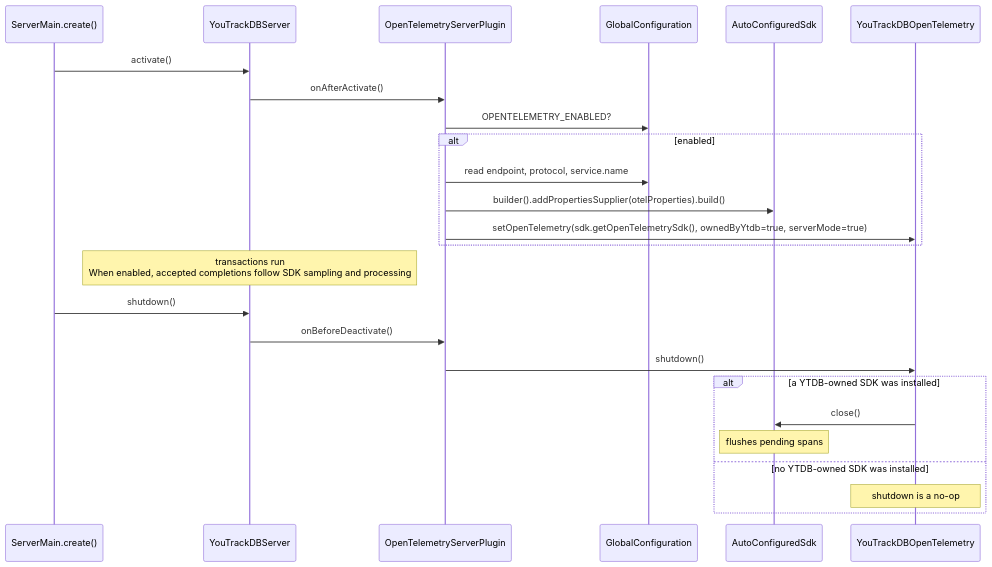
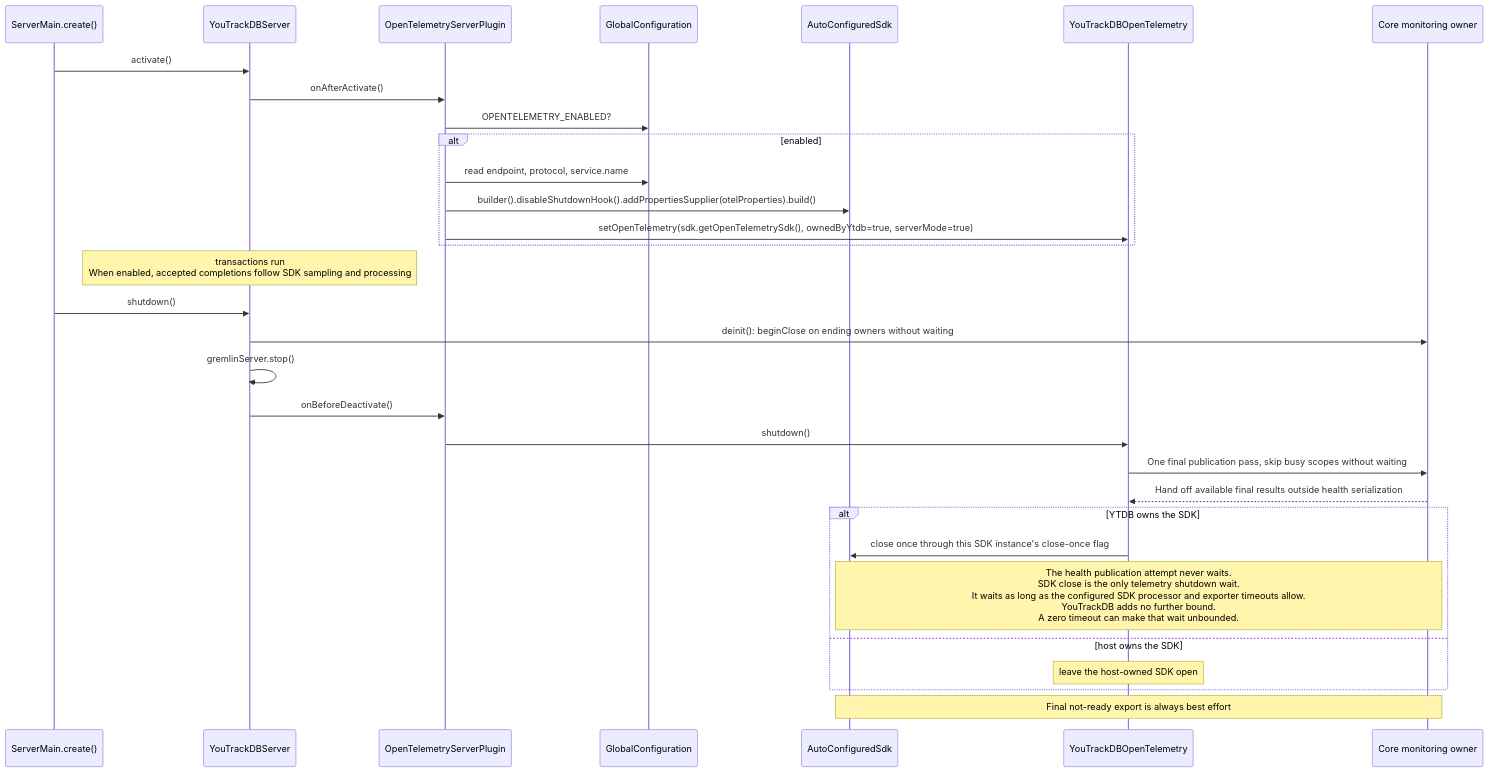
One commit to JetBrains/youtrackdb changed the fourth of 6 diagrams in docs/adr/ytdb-496-opentelemetry-support/_workflow/design.md. Above: the diagram before and after it, drawn with Mermaid. The commit also changed other lines of this file and 2 other files, not shown here.

First line of the commit message:
Track 103: Update the telemetry design for local monitoring

````diff
--- a/docs/adr/ytdb-496-opentelemetry-support/_workflow/design.md
+++ b/docs/adr/ytdb-496-opentelemetry-support/_workflow/design.md
@@ -607,28 +674,34 @@
 ```mermaid
 sequenceDiagram
     participant Main as ServerMain.create()
     participant Srv as YouTrackDBServer
     participant Plugin as OpenTelemetryServerPlugin
     participant Cfg as GlobalConfiguration
     participant Sdk as AutoConfiguredSdk
     participant Fac as YouTrackDBOpenTelemetry
+    participant Mon as Core monitoring owner
 
     Main->>Srv: activate()
     Srv->>Plugin: onAfterActivate()
     Plugin->>Cfg: OPENTELEMETRY_ENABLED?
     alt enabled
         Plugin->>Cfg: read endpoint, protocol, service.name
-        Plugin->>Sdk: builder().addPropertiesSupplier(otelProperties).build()
+        Plugin->>Sdk: builder().disableShutdownHook().addPropertiesSupplier(otelProperties).build()
         Plugin->>Fac: setOpenTelemetry(sdk.getOpenTelemetrySdk(), ownedByYtdb=true, serverMode=true)
     end
     Note over Srv: transactions run<br/>When enabled, accepted completions follow SDK sampling and processing
     Main->>Srv: shutdown()
+    Srv->>Mon: deinit(): beginClose on ending owners without waiting
+    Srv->>Srv: gremlinServer.stop()
     Srv->>Plugin: onBeforeDeactivate()
     Plugin->>Fac: shutdown()
-    alt a YTDB-owned SDK was installed
-        Fac->>Sdk: close()
-        Note over Sdk: flushes pending spans
-    else no YTDB-owned SDK was installed
-        Note over Fac: shutdown is a no-op
+    Fac->>Mon: One final publication pass, skip busy scopes without waiting
+    Mon-->>Fac: Hand off available final results outside health serialization
+    alt YTDB owns the SDK
+        Fac->>Sdk: close once through this SDK instance's close-once flag
+        Note over Mon,Sdk: The health publication attempt never waits.<br/>SDK close is the only telemetry shutdown wait.<br/>It waits as long as the configured SDK processor and exporter timeouts allow.<br/>YouTrackDB adds no further bound.<br/>A zero timeout can make that wait unbounded.
+    else host owns the SDK
+        Note over Fac: leave the host-owned SDK open
     end
+    Note over Mon,Sdk: Final not-ready export is always best effort
 ```
````
